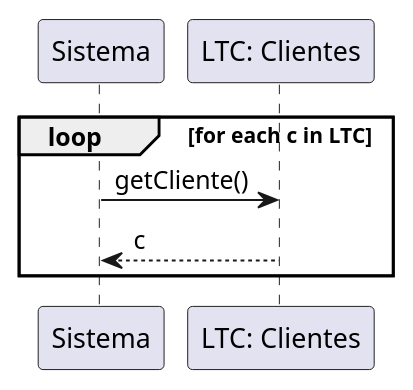
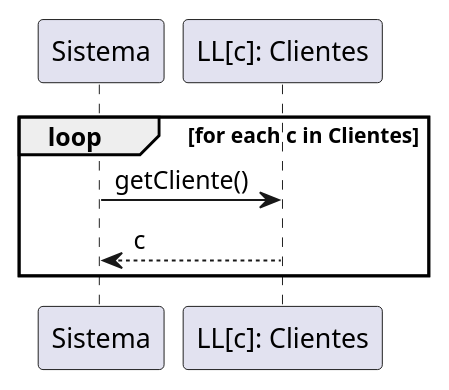
The sixth of 12 diagrams in tpi2/apunte.md (sandobaitt/TpDiseno), drawn with PlantUML before and after one commit. The commit also changed other lines of this file and 22 other files, not shown here.

````diff
--- a/tpi2/apunte.md
+++ b/tpi2/apunte.md
@@ -327,9 +275,9 @@
 ```plantuml
 participant "Sistema" as Sistema
-participant "LTC: Clientes" as LTC
+participant "LL[c]: Clientes" as LLC
 
-loop for each c in LTC
-    Sistema -> LTC: getCliente()
-    LTC --> Sistema: c
+loop for each c in Clientes
+    Sistema -> LLC: getCliente()
+    LLC --> Sistema: c
 end
 ```
````
